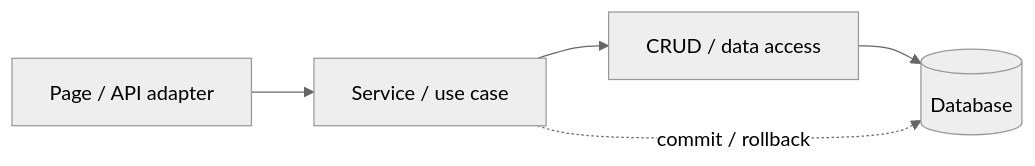
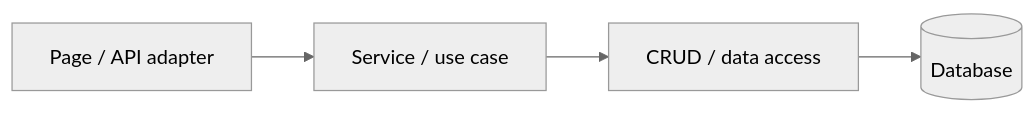
Before and after one commit to vnzzzz/sokora: the second of 2 diagrams in docs/database.md, drawn with Mermaid (neutral theme).

Commit message:
docs: keep transaction diagram focused on layer flow

````diff
--- a/docs/database.md
+++ b/docs/database.md
@@ -103,7 +103,6 @@
 ```mermaid
 flowchart LR
     Adapter["Page / API adapter"] --> Service["Service / use case"]
     Service --> CRUD["CRUD / data access"]
     CRUD --> DB[("Database")]
-    Service -. "commit / rollback" .-> DB
 ```
````
